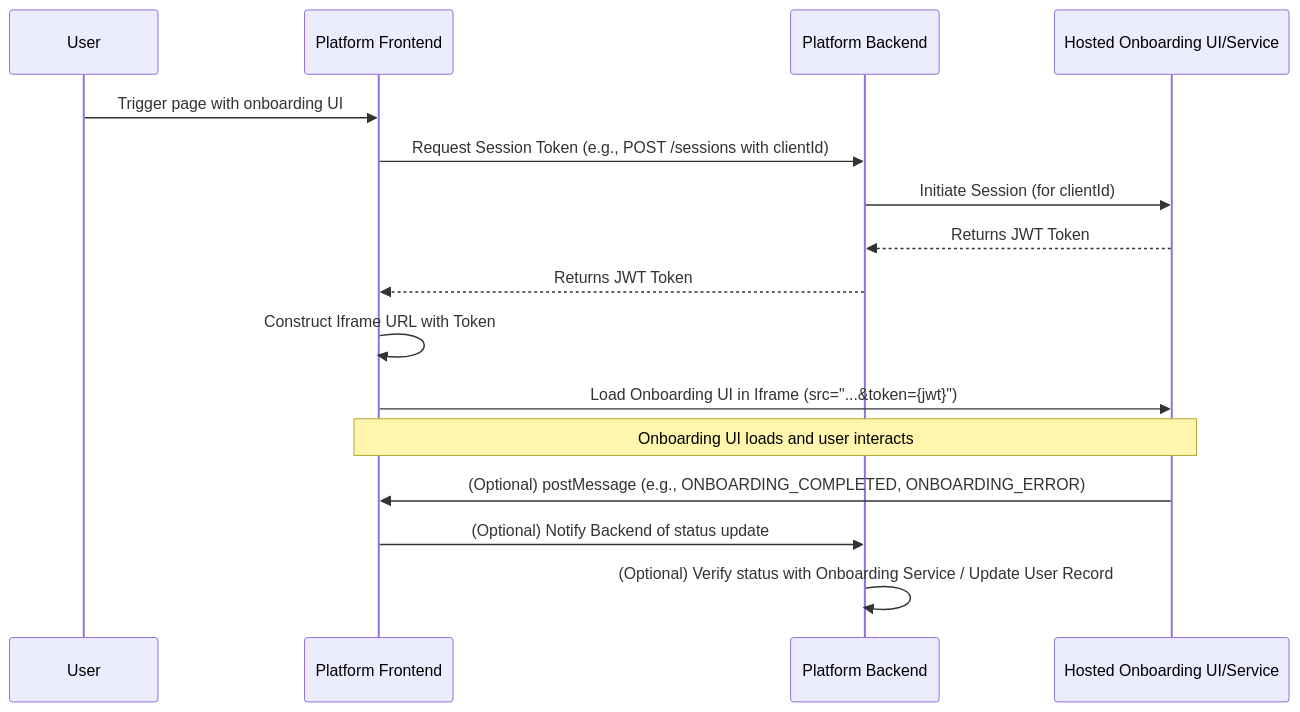
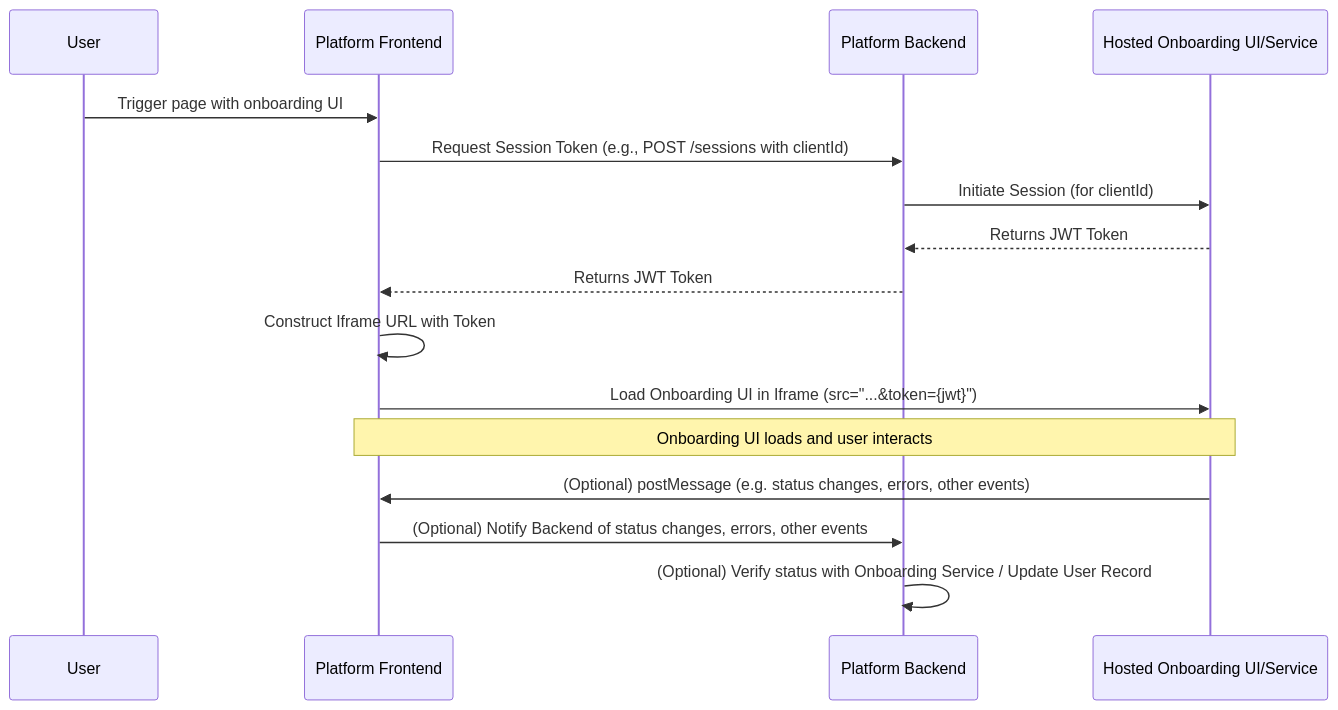
The diagram in app/client/src/docs/PARTIALLY_HOSTED_ONBOARDING_INTEGRATION_GUIDE.md (jpmorgan-payments/embedded-finance), drawn with Mermaid before and after one commit. The commit also changed other lines of this file, not shown here.

Commit message:
docs: update onboarding integration guide to clarify iframe communication events

````diff
--- a/app/client/src/docs/PARTIALLY_HOSTED_ONBOARDING_INTEGRATION_GUIDE.md
+++ b/app/client/src/docs/PARTIALLY_HOSTED_ONBOARDING_INTEGRATION_GUIDE.md
@@ -62,19 +62,19 @@
 ```mermaid
 sequenceDiagram
     participant User
     participant PlatformFrontend as Platform Frontend
     participant PlatformBackend as Platform Backend
     participant OnboardingService as Hosted Onboarding UI/Service
 
     User->>PlatformFrontend: Trigger page with onboarding UI
     PlatformFrontend->>PlatformBackend: Request Session Token (e.g., POST /sessions with clientId)
     PlatformBackend->>OnboardingService: Initiate Session (for clientId)
     OnboardingService-->>PlatformBackend: Returns JWT Token
     PlatformBackend-->>PlatformFrontend: Returns JWT Token
     PlatformFrontend->>PlatformFrontend: Construct Iframe URL with Token
     PlatformFrontend->>OnboardingService: Load Onboarding UI in Iframe (src="...&token={jwt}")
     Note over OnboardingService, PlatformFrontend: Onboarding UI loads and user interacts
-    OnboardingService->>PlatformFrontend: (Optional) postMessage (e.g., ONBOARDING_COMPLETED, ONBOARDING_ERROR)
-    PlatformFrontend->>PlatformBackend: (Optional) Notify Backend of status update
+    OnboardingService->>PlatformFrontend: (Optional) postMessage (e.g. status changes, errors, other events)
+    PlatformFrontend->>PlatformBackend: (Optional) Notify Backend of status changes, errors, other events
     PlatformBackend->>PlatformBackend: (Optional) Verify status with Onboarding Service / Update User Record
 ```
````
